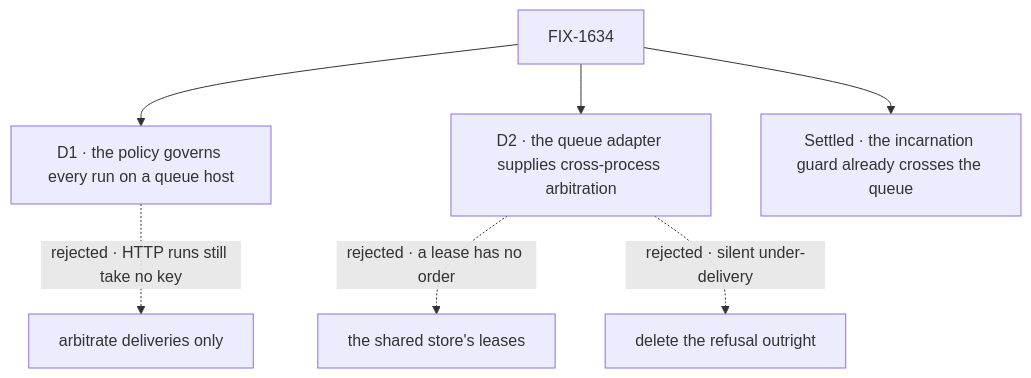
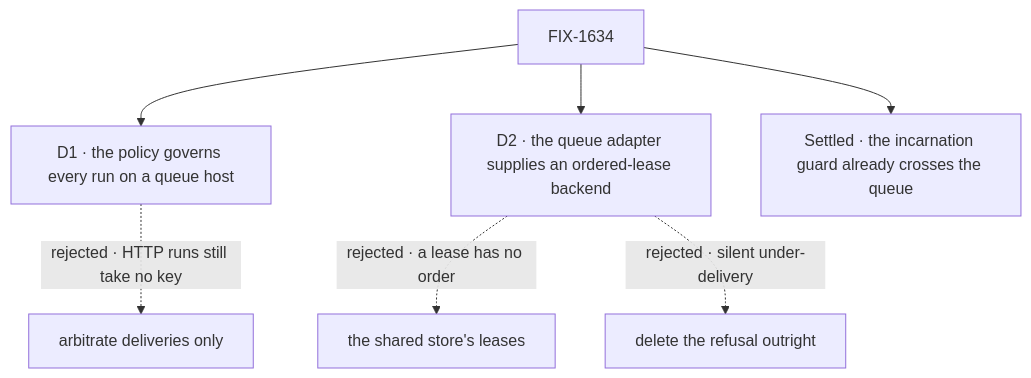
The diagram in specs/issues/FIX-1634/DECISIONS.md (fixpoint-labs/flow-state-dev), drawn with Mermaid before and after one commit. The commit also changed other lines of this file and 6 other files, not shown here.

````diff
--- a/specs/issues/FIX-1634/DECISIONS.md
+++ b/specs/issues/FIX-1634/DECISIONS.md
@@ -10,9 +10,9 @@
 ```mermaid
 flowchart TD
   I["FIX-1634"] --> D1["D1 · the policy governs every run on a queue host"]
   D1 -.->|"rejected · HTTP runs still take no key"| X1["arbitrate deliveries only"]
-  I --> D2["D2 · the queue adapter supplies cross-process arbitration"]
+  I --> D2["D2 · the queue adapter supplies an ordered-lease backend"]
   D2 -.->|"rejected · a lease has no order"| X2["the shared store's leases"]
   D2 -.->|"rejected · silent under-delivery"| X3["delete the refusal outright"]
   I --> S["Settled · the incarnation guard already crosses the queue"]
 ```
````
